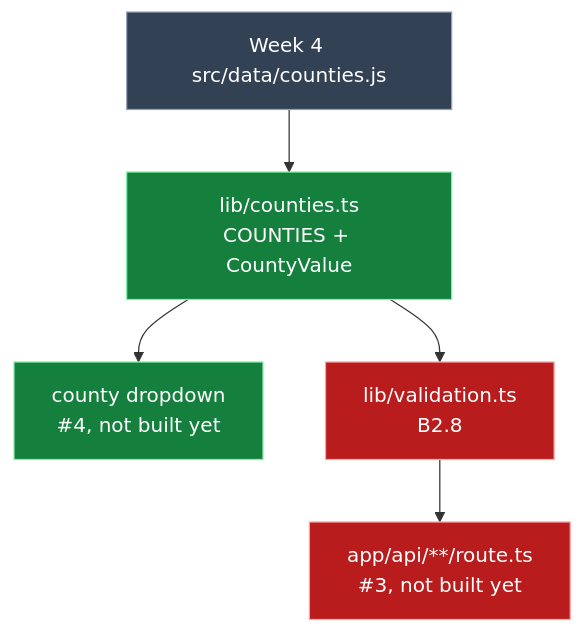
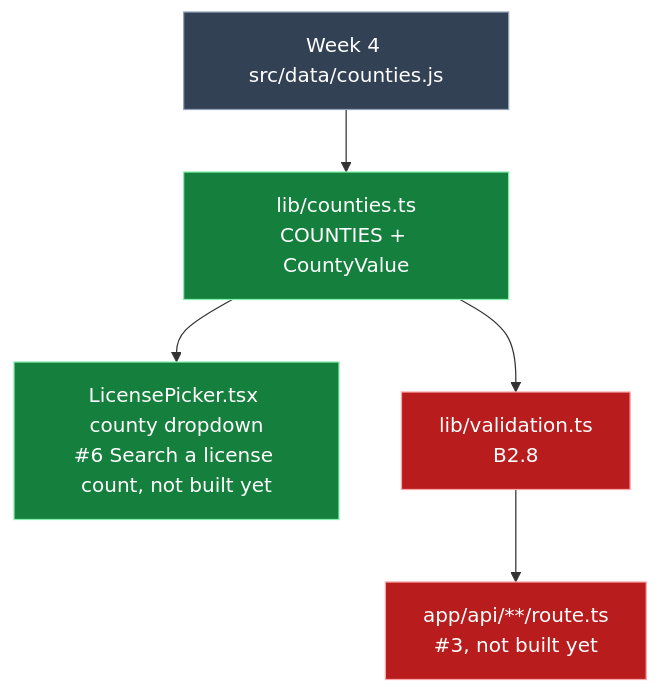
Diagram 13 of 13 in PROMPT_LOG.md (ClayClimate-AI/tx-license-navigator-next), drawn with Mermaid before and after one commit. The commit also changed other lines of this file and 10 other files, not shown here.

````diff
--- a/PROMPT_LOG.md
+++ b/PROMPT_LOG.md
@@ -1112,15 +1112,15 @@
 ```mermaid
 flowchart TD
   W4[Week 4 src/data/counties.js]:::run
   CO[lib/counties.ts<br/>COUNTIES + CountyValue]:::ui
-  PK[county dropdown<br/>#4, not built yet]:::ui
+  PK[LicensePicker.tsx county dropdown<br/>#6 Search a license count, not built yet]:::ui
   VA[lib/validation.ts<br/>B2.8]:::server
   RT[app/api/**/route.ts<br/>#3, not built yet]:::server
   W4 --> CO
   CO --> PK
   CO --> VA
   VA --> RT
   classDef ui fill:#15803d,color:#fff,stroke:#86efac
   classDef server fill:#b91c1c,color:#fff,stroke:#fca5a5
   classDef run fill:#334155,color:#fff,stroke:#94a3b8
 ```
````
